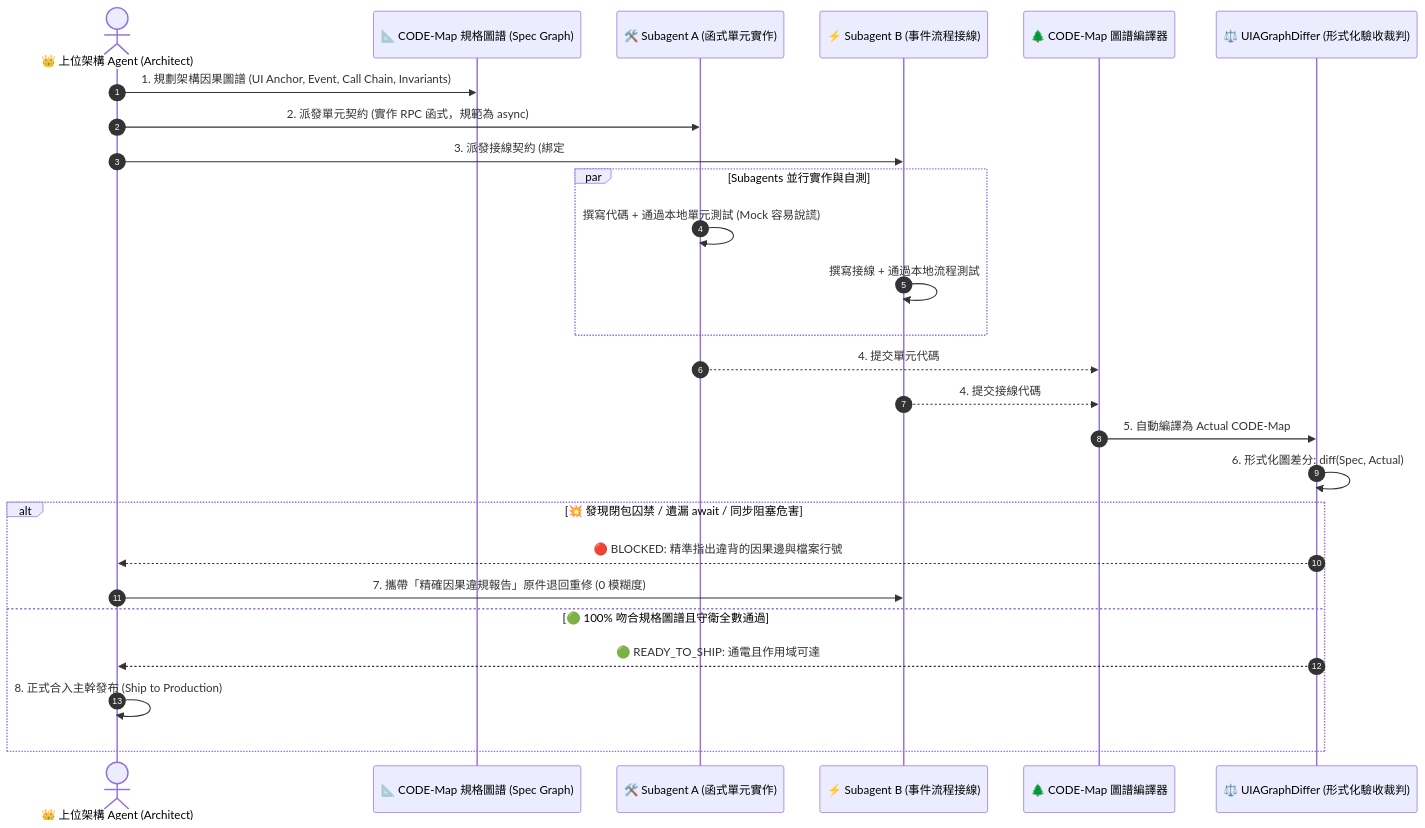
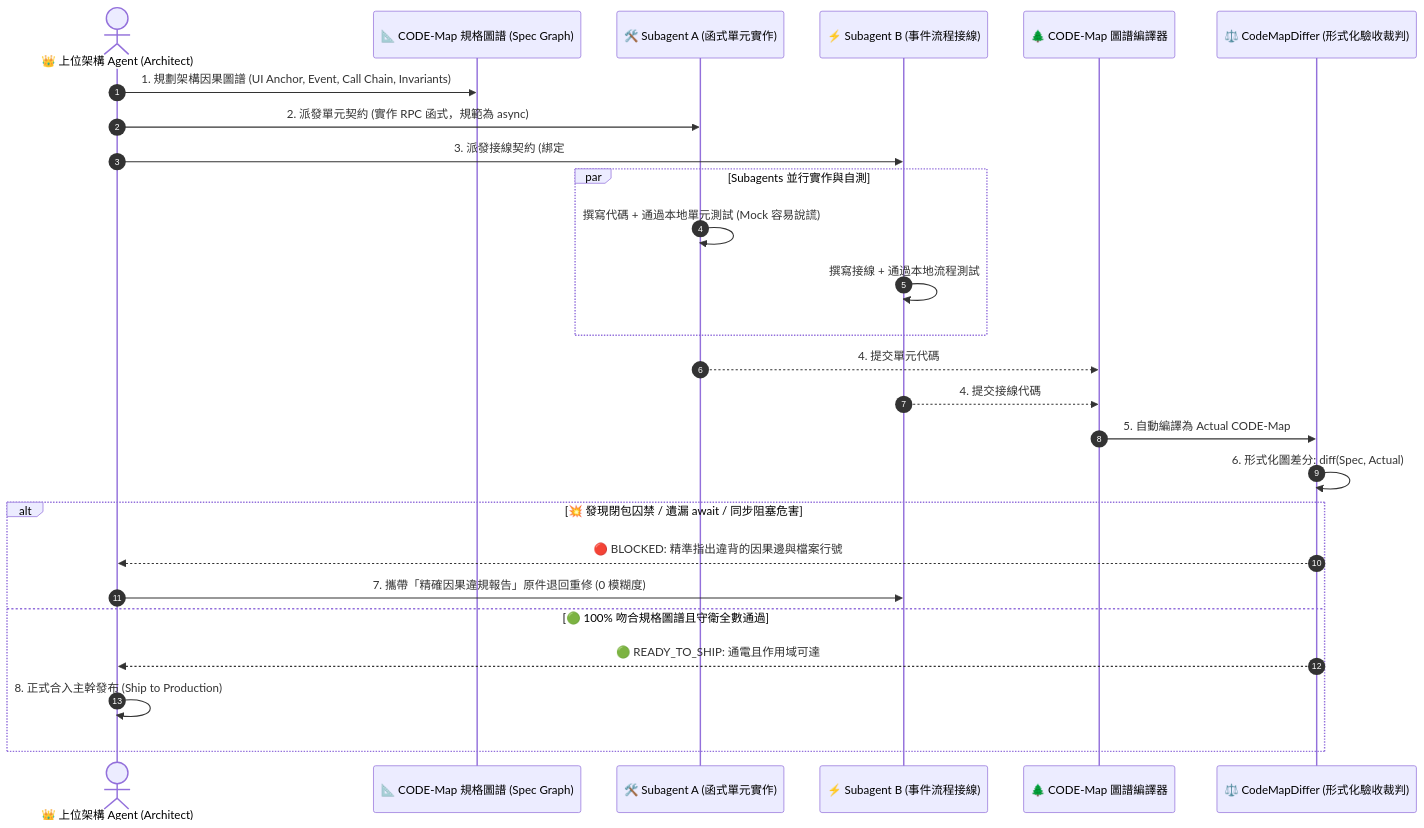
Before and after one commit to arco651749/CODE-Map: the third of 3 diagrams in reports/why_code_map_matters_21_repos_whitepaper.md, drawn with Mermaid. The commit also changed 66 other files, not shown here.

Commit message:
refactor!: rename package uia_coder to code_map and unify CodeMap* class names

````diff
--- a/reports/why_code_map_matters_21_repos_whitepaper.md
+++ b/reports/why_code_map_matters_21_repos_whitepaper.md
@@ -259,33 +259,33 @@
 ```mermaid
 sequenceDiagram
     autonumber
     actor Boss as 👑 上位架構 Agent (Architect)
     participant Spec as 📐 CODE-Map 規格圖譜 (Spec Graph)
     participant Worker1 as 🛠️ Subagent A (函式單元實作)
     participant Worker2 as ⚡ Subagent B (事件流程接線)
     participant Engine as 🌲 CODE-Map 圖譜編譯器
-    participant Differ as ⚖️ UIAGraphDiffer (形式化驗收裁判)
+    participant Differ as ⚖️ CodeMapDiffer (形式化驗收裁判)
 
     Boss->>Spec: 1. 規劃架構因果圖譜 (UI Anchor, Event, Call Chain, Invariants)
     Boss->>Worker1: 2. 派發單元契約 (實作 RPC 函式，規範為 async)
     Boss->>Worker2: 3. 派發接線契約 (綁定 #btnDelete ➔ on('click') ➔ RPC)
     
     par Subagents 並行實作與自測
         Worker1->>Worker1: 撰寫代碼 + 通過本地單元測試 (Mock 容易說謊)
         Worker2->>Worker2: 撰寫接線 + 通過本地流程測試
     end
 
     Worker1-->>Engine: 4. 提交單元代碼
     Worker2-->>Engine: 4. 提交接線代碼
     
     Engine->>Differ: 5. 自動編譯為 Actual CODE-Map
     Differ->>Differ: 6. 形式化圖差分: diff(Spec, Actual)
     
     alt 💥 發現閉包囚禁 / 遺漏 await / 同步阻塞危害
         Differ-->>Boss: 🔴 BLOCKED: 精準指出違背的因果邊與檔案行號
         Boss->>Worker2: 7. 攜帶「精確因果違規報告」原件退回重修 (0 模糊度)
     else 🟢 100% 吻合規格圖譜且守衛全數通過
         Differ-->>Boss: 🟢 READY_TO_SHIP: 通電且作用域可達
         Boss->>Boss: 8. 正式合入主幹發布 (Ship to Production)
     end
 ```
````
